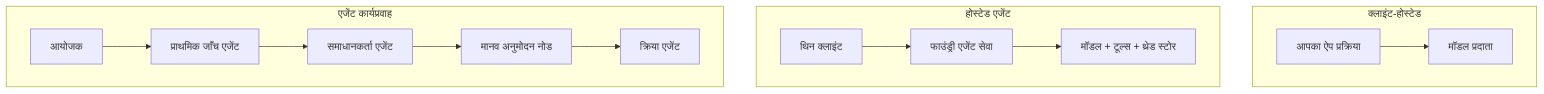
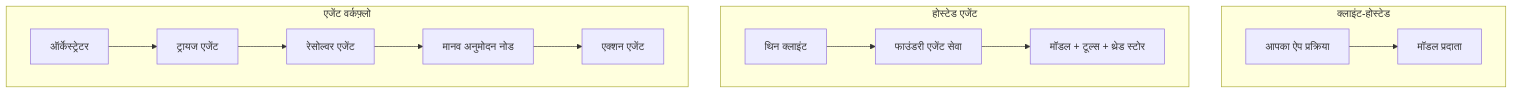
The first of 4 diagrams in mirrors/repos/microsoft@ai-agents-for-beginners/translations/hi/16-deploying-scalable-agents/README.md (gabrielmoreira/agent-skills-mirror), drawn with Mermaid before and after one commit. The commit also changed other lines of this file and 4262 other files, not shown here.

````diff
--- a/mirrors/repos/microsoft@ai-agents-for-beginners/translations/hi/16-deploying-scalable-agents/README.md
+++ b/mirrors/repos/microsoft@ai-agents-for-beginners/translations/hi/16-deploying-scalable-agents/README.md
@@ -87,16 +87,16 @@
 ```mermaid
 flowchart TB
     subgraph P1[क्लाइंट-होस्टेड]
         A1[आपका ऐप प्रक्रिया] --> M1[मॉडल प्रदाता]
     end
     subgraph P2[होस्टेड एजेंट]
-        A2[थिन क्लाइंट] --> F2[फाउंड्री एजेंट सेवा]
+        A2[थिन क्लाइंट] --> F2[फाउंडरी एजेंट सेवा]
         F2 --> M2[मॉडल + टूल्स + थ्रेड स्टोर]
     end
-    subgraph P3[एजेंट कार्यप्रवाह]
-        A3[आयोजक] --> S1[प्राथमिक जाँच एजेंट]
-        S1 --> S2[समाधानकर्ता एजेंट]
+    subgraph P3[एजेंट वर्कफ़्लो]
+        A3[ऑर्केस्ट्रेटर] --> S1[ट्रायज एजेंट]
+        S1 --> S2[रेसोल्वर एजेंट]
         S2 --> H[मानव अनुमोदन नोड]
-        H --> S3[क्रिया एजेंट]
+        H --> S3[एक्शन एजेंट]
     end
 ```
````
